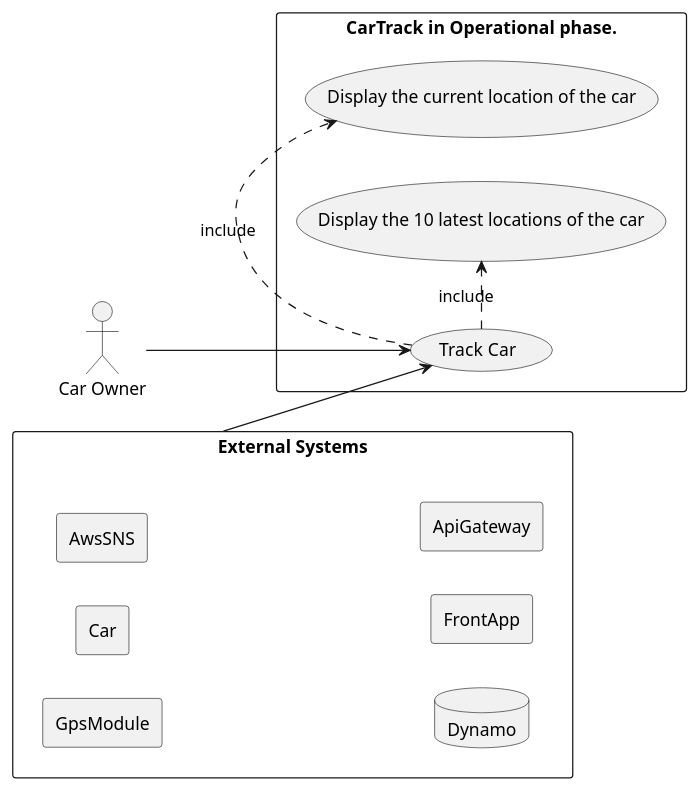
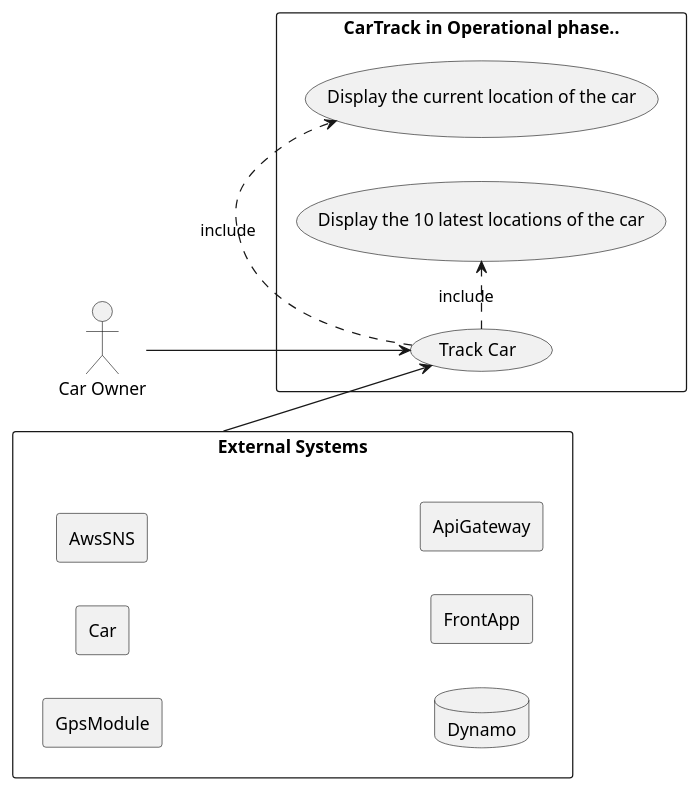
Before and after one commit to papeThiam98/CarTrack: the diagram in Design/3- UseCases/CarTrackUseCases.pu, drawn with PlantUML.

```diff
--- a/Design/3- UseCases/CarTrackUseCases.pu
+++ b/Design/3- UseCases/CarTrackUseCases.pu
@@ -1,26 +1,26 @@
 @startuml
 
-rectangle "CarTrack in Operational phase." as CT {
+rectangle "CarTrack in Operational phase.." as CT {
     "Track Car" as (Track)
     "Display the current location of the car" as (Curr)
     "Display the 10 latest locations of the car" as (Lat)
 }
 actor "Car Owner" as co
 rectangle "External Systems" as ExSys{
     rectangle GpsModule as gps
     rectangle Car as car
     rectangle AwsSNS as SNS
     database Dynamo as DB
     rectangle FrontApp as app
     rectangle ApiGateway as api
 }
 
 left to right direction
 (Track).>(Curr): include
 (Track).>(Lat): include
 
 :co:-->(Track)
 
 ExSys --> (Track)
 
 @enduml
```
